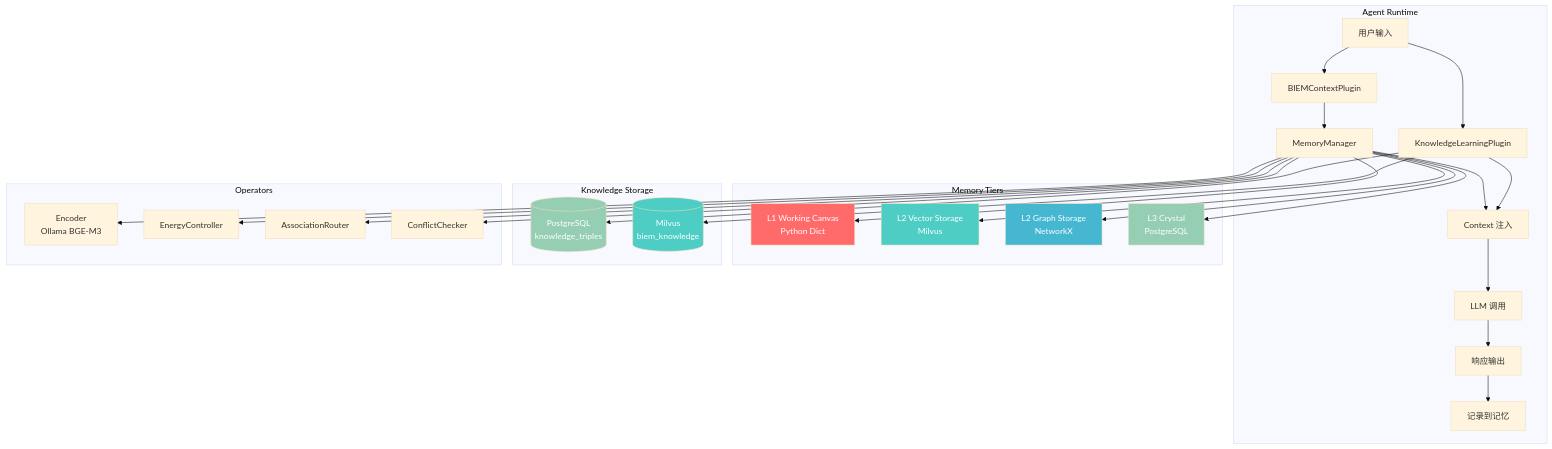
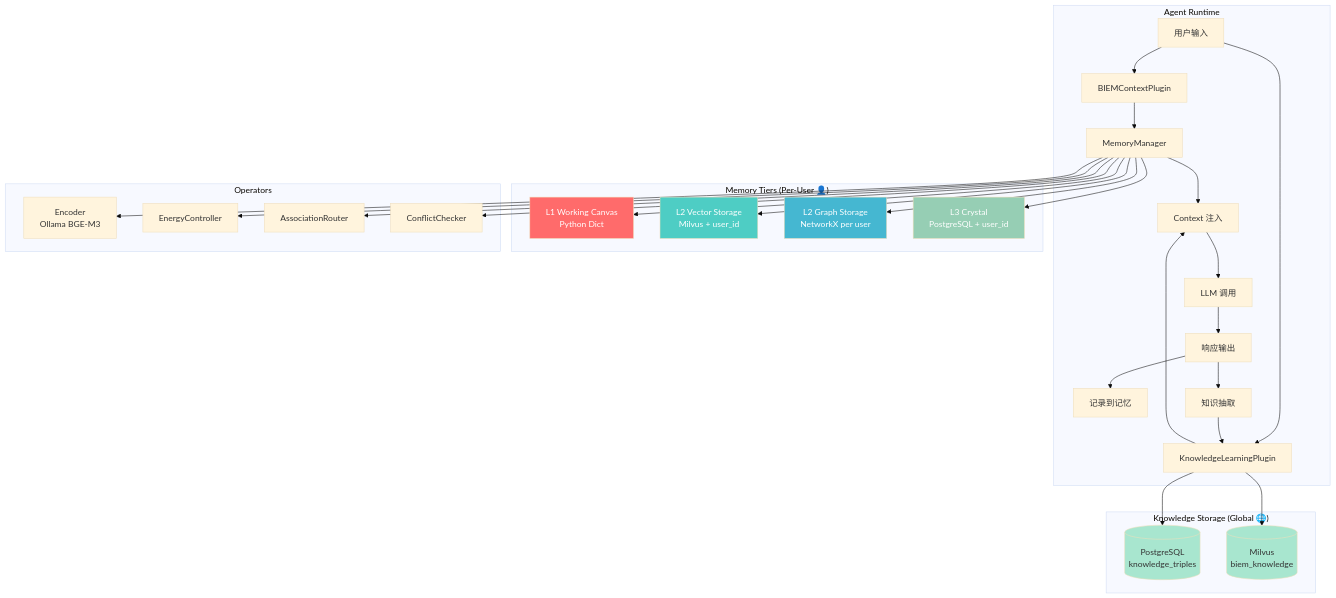
The first of 16 diagrams in docs/memory_system.md (Zeppelinpp/OmniEmployee), drawn with Mermaid (base theme) before and after one commit. The commit also changed other lines of this file and 30 other files, not shown here.

First line of the commit message:
feat: enhance multi-user support in memory and knowledge systems

````diff
--- a/docs/memory_system.md
+++ b/docs/memory_system.md
@@ -19,35 +59,37 @@
 ```mermaid
 graph TB
 subgraph "Agent Runtime"
   USER[用户输入] --> PLUGIN[BIEMContextPlugin]
   PLUGIN --> MM[MemoryManager]
   USER --> KL[KnowledgeLearningPlugin]
   MM --> CONTEXT[Context 注入]
   KL --> CONTEXT
   CONTEXT --> LLM[LLM 调用]
   LLM --> RESPONSE[响应输出]
   RESPONSE --> RECORD[记录到记忆]
+  RESPONSE --> KLEARN[知识抽取]
 end
-subgraph "Memory Tiers"
+subgraph "Memory Tiers (Per-User 👤)"
   MM --> L1[L1 Working Canvas<br/>Python Dict]
-  MM --> L2V[L2 Vector Storage<br/>Milvus]
-  MM --> L2G[L2 Graph Storage<br/>NetworkX]
-  MM --> L3[L3 Crystal<br/>PostgreSQL]
+  MM --> L2V[L2 Vector Storage<br/>Milvus + user_id]
+  MM --> L2G[L2 Graph Storage<br/>NetworkX per user]
+  MM --> L3[L3 Crystal<br/>PostgreSQL + user_id]
 end
-subgraph "Knowledge Storage"
+subgraph "Knowledge Storage (Global 🌐)"
   KL --> KPG[(PostgreSQL<br/>knowledge_triples)]
   KL --> KMV[(Milvus<br/>biem_knowledge)]
+  KLEARN --> KL
 end
 subgraph "Operators"
   MM --> ENC[Encoder<br/>Ollama BGE-M3]
   MM --> ENERGY[EnergyController]
   MM --> ROUTER[AssociationRouter]
   MM --> CONFLICT[ConflictChecker]
 end
 style L1 fill:#ff6b6b,color:#fff
 style L2V fill:#4ecdc4,color:#fff
 style L2G fill:#45b7d1,color:#fff
 style L3 fill:#96ceb4,color:#fff
-style KPG fill:#96ceb4,color:#fff
-style KMV fill:#4ecdc4,color:#fff
+style KPG fill:#a8e6cf,color:#333
+style KMV fill:#a8e6cf,color:#333
 ```
````
